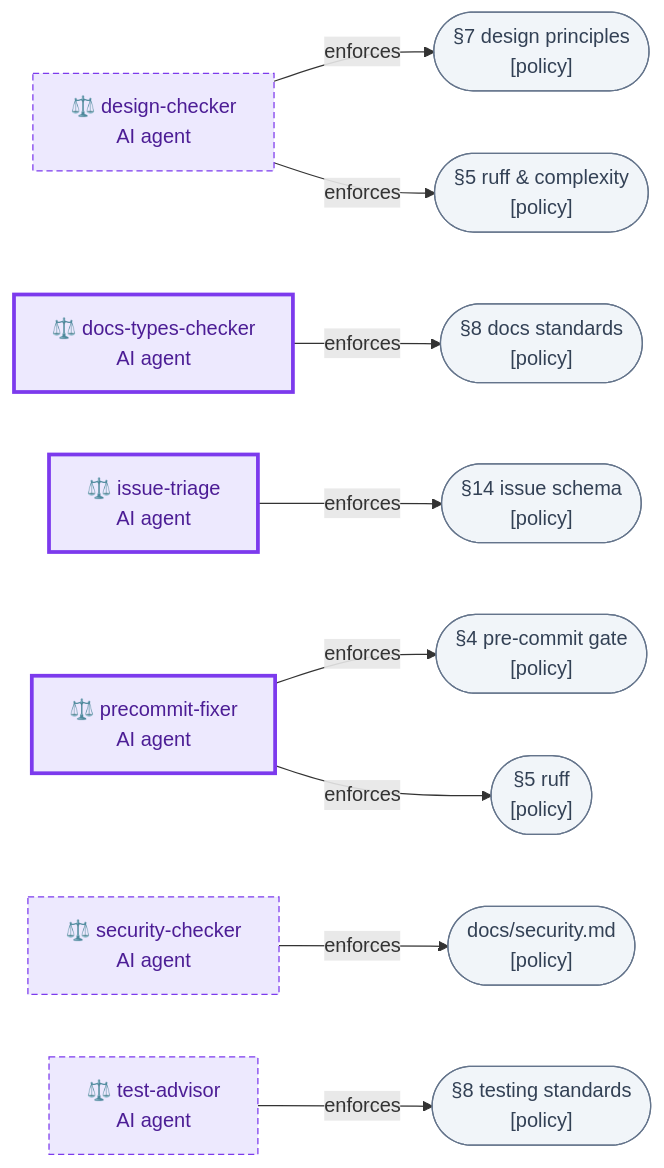
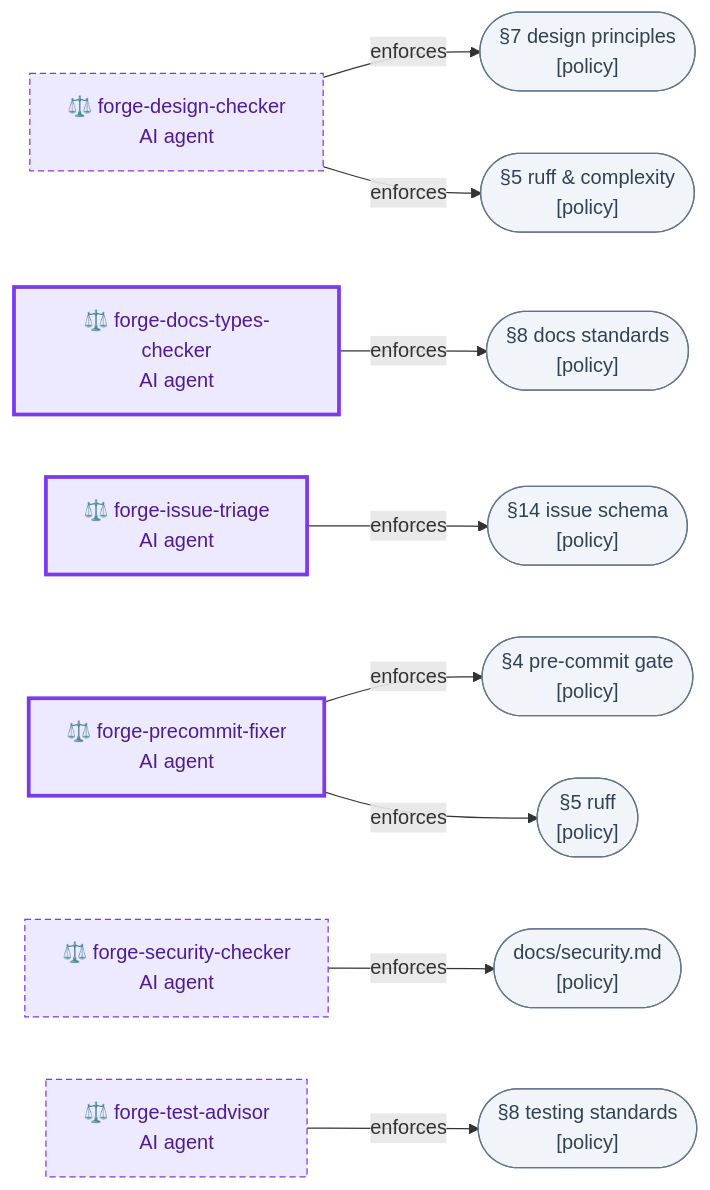
The first of 7 diagrams in docs/agent-architecture.md (misnaej/forge), drawn with Mermaid before and after one commit. The commit also changed other lines of this file and 187 other files, not shown here.

````diff
--- a/docs/agent-architecture.md
+++ b/docs/agent-architecture.md
@@ -37,54 +37,54 @@
 ```mermaid
 graph LR
   classDef person fill:#fef9c3,stroke:#ca8a04,color:#713f12
   classDef agent fill:#ede9fe,stroke:#7c3aed,color:#4c1d95
   classDef skill fill:#ffedd5,stroke:#ea580c,color:#7c2d12
   classDef hook fill:#fee2e2,stroke:#dc2626,color:#7f1d1d
   classDef cli fill:#dcfce7,stroke:#15803d,color:#14532d
   classDef policy fill:#f1f5f9,stroke:#64748b,color:#334155
   classDef orchestrator fill:#c7d2fe,stroke:#4338ca,color:#1e1b4b,stroke-width:2px
   classDef reporter stroke-dasharray:5 3
   classDef mutator stroke-width:3px
-  design_checker["⚖️ design-checker<br/>AI agent"]
-  docs_types_checker["⚖️ docs-types-checker<br/>AI agent"]
-  issue_triage["⚖️ issue-triage<br/>AI agent"]
-  precommit_fixer["⚖️ precommit-fixer<br/>AI agent"]
-  security_checker["⚖️ security-checker<br/>AI agent"]
-  test_advisor["⚖️ test-advisor<br/>AI agent"]
+  design_checker["⚖️ forge-design-checker<br/>AI agent"]
+  docs_types_checker["⚖️ forge-docs-types-checker<br/>AI agent"]
+  issue_triage["⚖️ forge-issue-triage<br/>AI agent"]
+  precommit_fixer["⚖️ forge-precommit-fixer<br/>AI agent"]
+  security_checker["⚖️ forge-security-checker<br/>AI agent"]
+  test_advisor["⚖️ forge-test-advisor<br/>AI agent"]
   docs_security_md(["docs/security.md<br/>[policy]"])
   _14_issue_schema(["§14 issue schema<br/>[policy]"])
   _4_pre_commit_gate(["§4 pre-commit gate<br/>[policy]"])
   _5_ruff(["§5 ruff<br/>[policy]"])
   _5_ruff___complexity(["§5 ruff & complexity<br/>[policy]"])
   _7_design_principles(["§7 design principles<br/>[policy]"])
   _8_docs_standards(["§8 docs standards<br/>[policy]"])
   _8_testing_standards(["§8 testing standards<br/>[policy]"])
   design_checker -->|enforces| _7_design_principles
   design_checker -->|enforces| _5_ruff___complexity
   precommit_fixer -->|enforces| _4_pre_commit_gate
   precommit_fixer -->|enforces| _5_ruff
   docs_types_checker -->|enforces| _8_docs_standards
   test_advisor -->|enforces| _8_testing_standards
   security_checker -->|enforces| docs_security_md
   issue_triage -->|enforces| _14_issue_schema
   class design_checker agent
   class design_checker reporter
   class docs_types_checker agent
   class docs_types_checker mutator
   class issue_triage agent
   class issue_triage mutator
   class precommit_fixer agent
   class precommit_fixer mutator
   class security_checker agent
   class security_checker reporter
   class test_advisor agent
   class test_advisor reporter
   class docs_security_md policy
   class _14_issue_schema policy
   class _4_pre_commit_gate policy
   class _5_ruff policy
   class _5_ruff___complexity policy
   class _7_design_principles policy
   class _8_docs_standards policy
   class _8_testing_standards policy
 ```
````
